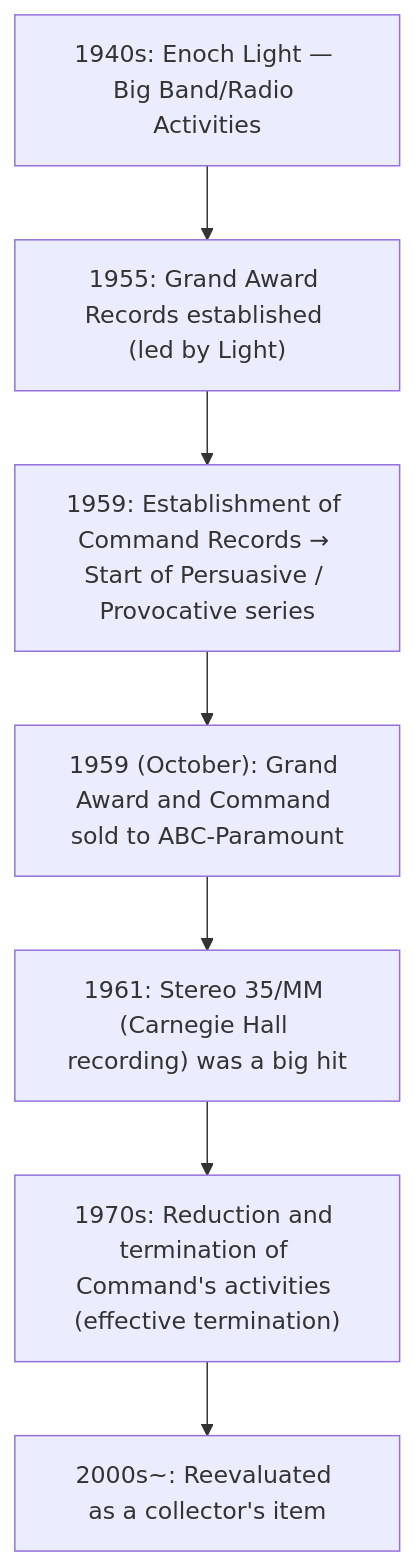
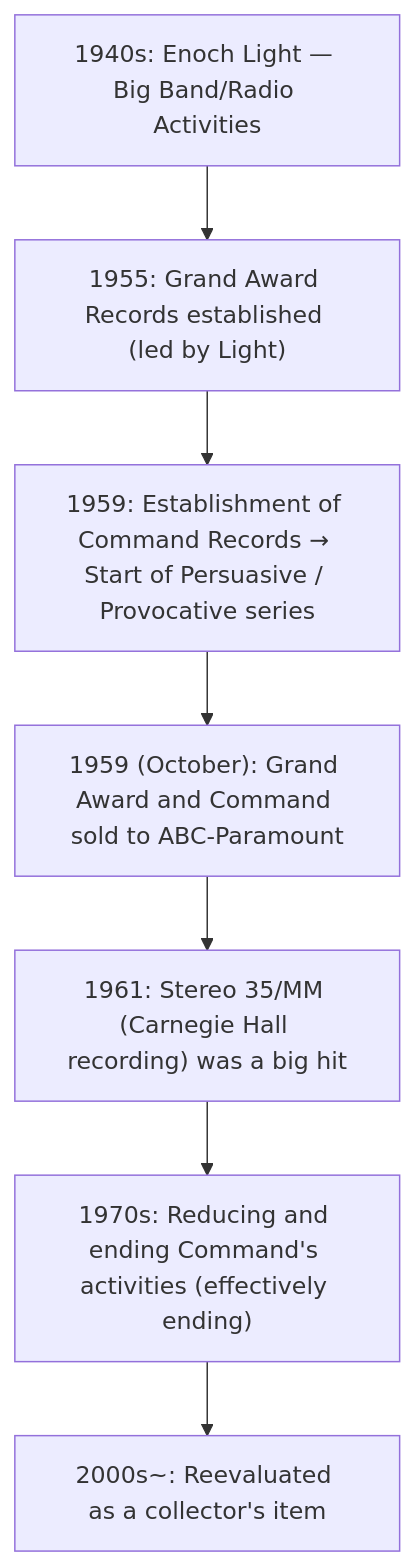
The first of 2 diagrams in en/_posts/2025-10-04-Column-Enoch-Light-Command.md (monumental-movement/monumental-movement.github.io), drawn with Mermaid before and after one commit. The commit also changed other lines of this file and 321 other files, not shown here.

```diff
--- a/en/_posts/2025-10-04-Column-Enoch-Light-Command.md
+++ b/en/_posts/2025-10-04-Column-Enoch-Light-Command.md
@@ -63,13 +63,13 @@
 <div class="mermaid">
 
 flowchart TD
     A["1940s: Enoch Light — Big Band/Radio Activities"]
     B["1955: Grand Award Records established (led by Light)"]
     C["1959: Establishment of Command Records → Start of Persuasive / Provocative series"]
     D["1959 (October): Grand Award and Command sold to ABC-Paramount"]
     E["1961: Stereo 35/MM (Carnegie Hall recording) was a big hit"]
-    F["1970s: Reduction and termination of Command's activities (effective termination)"]
+    F["1970s: Reducing and ending Command's activities (effectively ending)"]
     G["2000s~: Reevaluated as a collector's item"]
 
     A --> B --> C --> D --> E --> F --> G
 </div>
```
